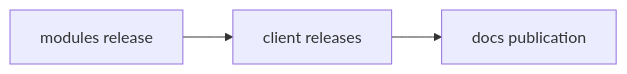
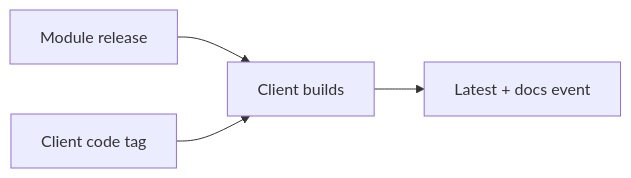
The diagram in docs/pages/releases/index.md (limanix/docs), drawn with Mermaid before and after one commit. The commit also changed other lines of this file and 15 other files, not shown here.

````diff
--- a/docs/pages/releases/index.md
+++ b/docs/pages/releases/index.md
@@ -10,7 +5,8 @@
 ```mermaid
 flowchart LR
-    accTitle: Release flow across the three repositories
-    accDescr: A published module catalog triggers client releases. Each published client release triggers its documentation build.
-    modules["modules release"] --> client["client releases"]
-    client --> docs["docs publication"]
+    accTitle: Two entry points into the release process
+    accDescr: A module release starts client rebuilds. A new client code tag starts one client build. Both paths finish with one notification to documentation.
+    modules["Module release"] --> client["Client builds"]
+    code["Client code tag"] --> client
+    client --> finalize["Latest + docs event"]
 ```
````
